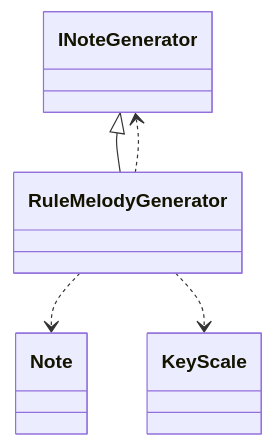
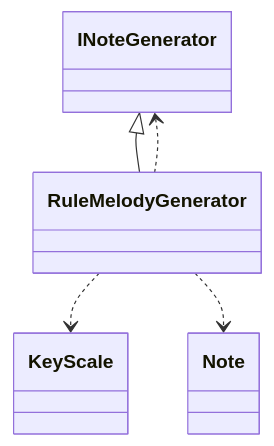
One commit to schnock-art/project_inspector changed diagram 37 of 39 in test/test.md. Above: the diagram before and after it, drawn with Mermaid. The commit also changed other lines of this file and 1 other file, not shown here.

Commit message:
Removed empty mermaid

````diff
--- a/test/test.md
+++ b/test/test.md
@@ -638,7 +638,7 @@
 ```mermaid
 classDiagram
 INoteGenerator <|-- RuleMelodyGenerator
-RuleMelodyGenerator ..> Note
 RuleMelodyGenerator ..> KeyScale
 RuleMelodyGenerator ..> INoteGenerator
+RuleMelodyGenerator ..> Note
 ```
````
